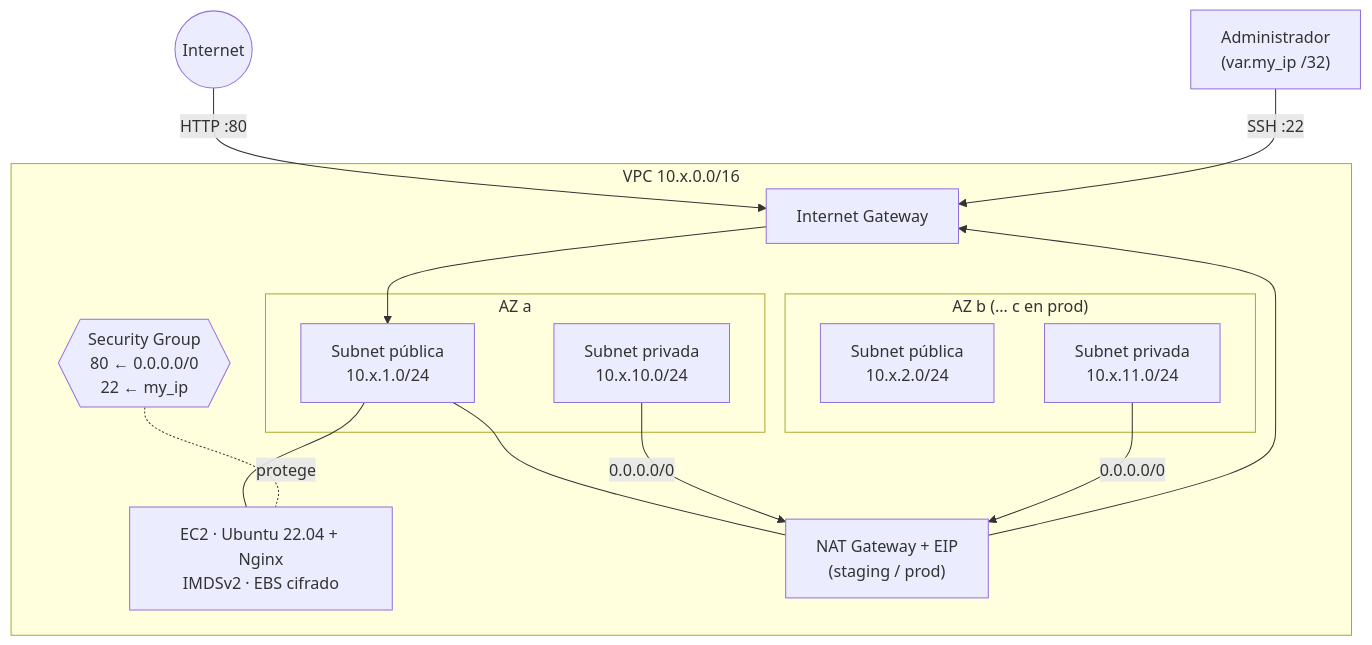
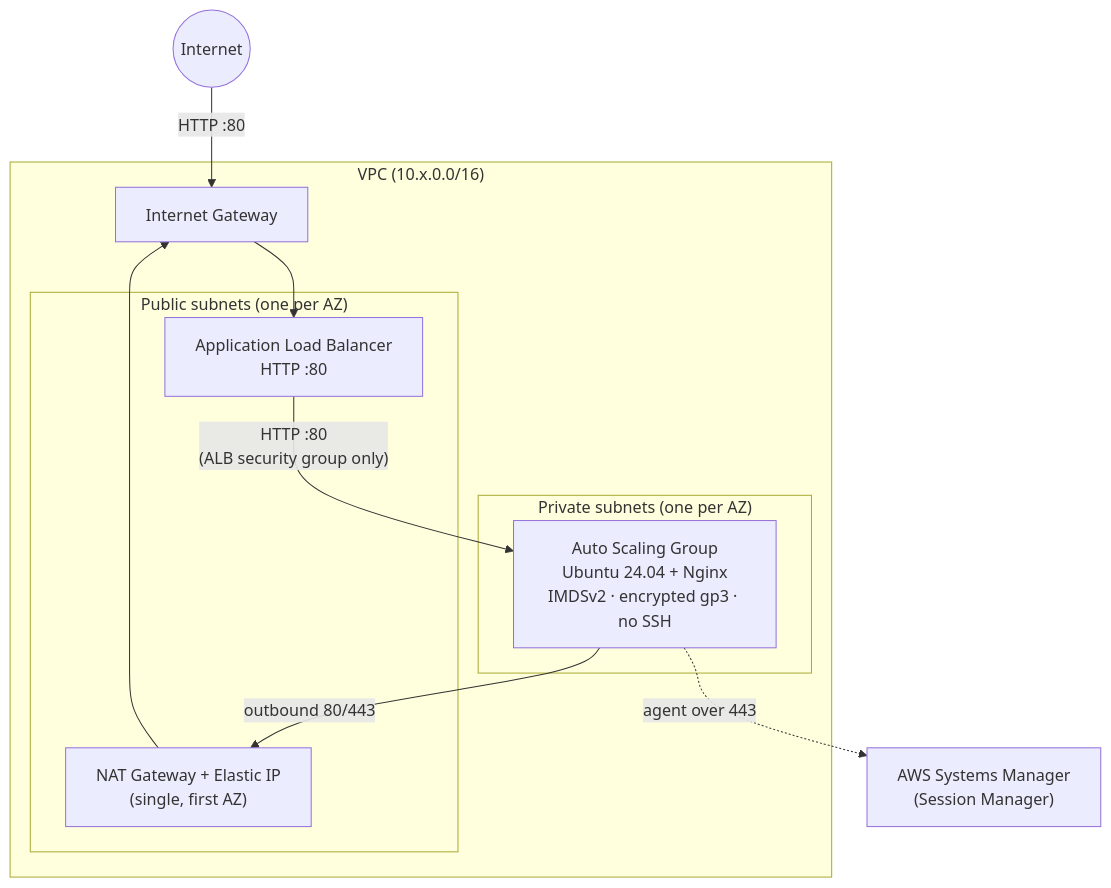
The first of 2 diagrams in README.md (DiegoTepichin/iac-terraform), drawn with Mermaid before and after one commit. The commit also changed other lines of this file and 1 other file, not shown here.

````diff
--- a/README.md
+++ b/README.md
@@ -46,31 +27,24 @@
 ```mermaid
 flowchart TB
-    internet((Internet))
-    admin["Administrador<br/>(var.my_ip /32)"]
+    user((Internet))
 
-    subgraph vpc["VPC  10.x.0.0/16"]
+    subgraph vpc["VPC (10.x.0.0/16)"]
         igw[Internet Gateway]
 
-        subgraph az1["AZ a"]
-            pub1["Subnet pública<br/>10.x.1.0/24"]
-            priv1["Subnet privada<br/>10.x.10.0/24"]
-        end
-        subgraph az2["AZ b (… c en prod)"]
-            pub2["Subnet pública<br/>10.x.2.0/24"]
-            priv2["Subnet privada<br/>10.x.11.0/24"]
+        subgraph public["Public subnets (one per AZ)"]
+            alb["Application Load Balancer<br/>HTTP :80"]
+            nat["NAT Gateway + Elastic IP<br/>(single, first AZ)"]
         end
 
-        ec2["EC2 · Ubuntu 22.04 + Nginx<br/>IMDSv2 · EBS cifrado"]
-        nat["NAT Gateway + EIP<br/>(staging / prod)"]
-        sg{{"Security Group<br/>80 ← 0.0.0.0/0<br/>22 ← my_ip"}}
+        subgraph private["Private subnets (one per AZ)"]
+            asg["Auto Scaling Group<br/>Ubuntu 24.04 + Nginx<br/>IMDSv2 · encrypted gp3 · no SSH"]
+        end
     end
 
-    internet -- HTTP :80 --> igw --> pub1
-    admin -- SSH :22 --> igw
-    pub1 --- ec2
-    sg -. protege .- ec2
-    pub1 --- nat
-    priv1 -- 0.0.0.0/0 --> nat
-    priv2 -- 0.0.0.0/0 --> nat
-    nat --> igw
+    ssm["AWS Systems Manager<br/>(Session Manager)"]
+
+    user -- "HTTP :80" --> igw --> alb
+    alb -- "HTTP :80<br/>(ALB security group only)" --> asg
+    asg -- "outbound 80/443" --> nat --> igw
+    asg -.->|agent over 443| ssm
 ```
````
